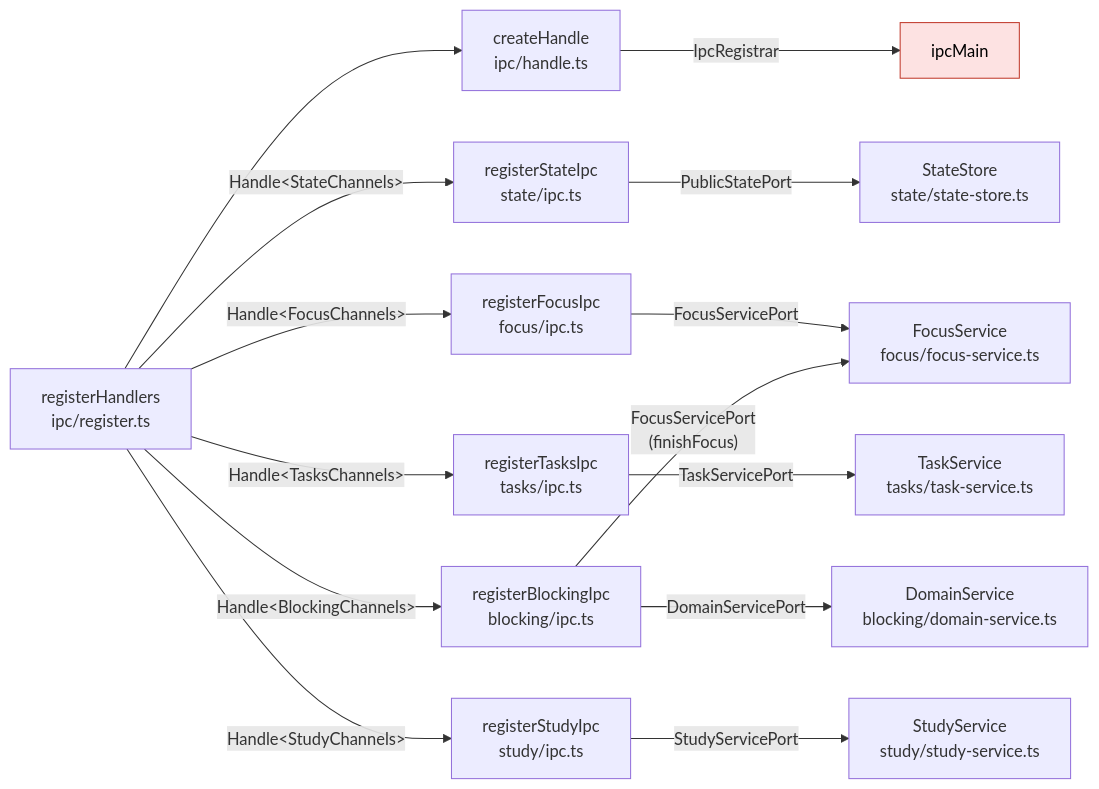
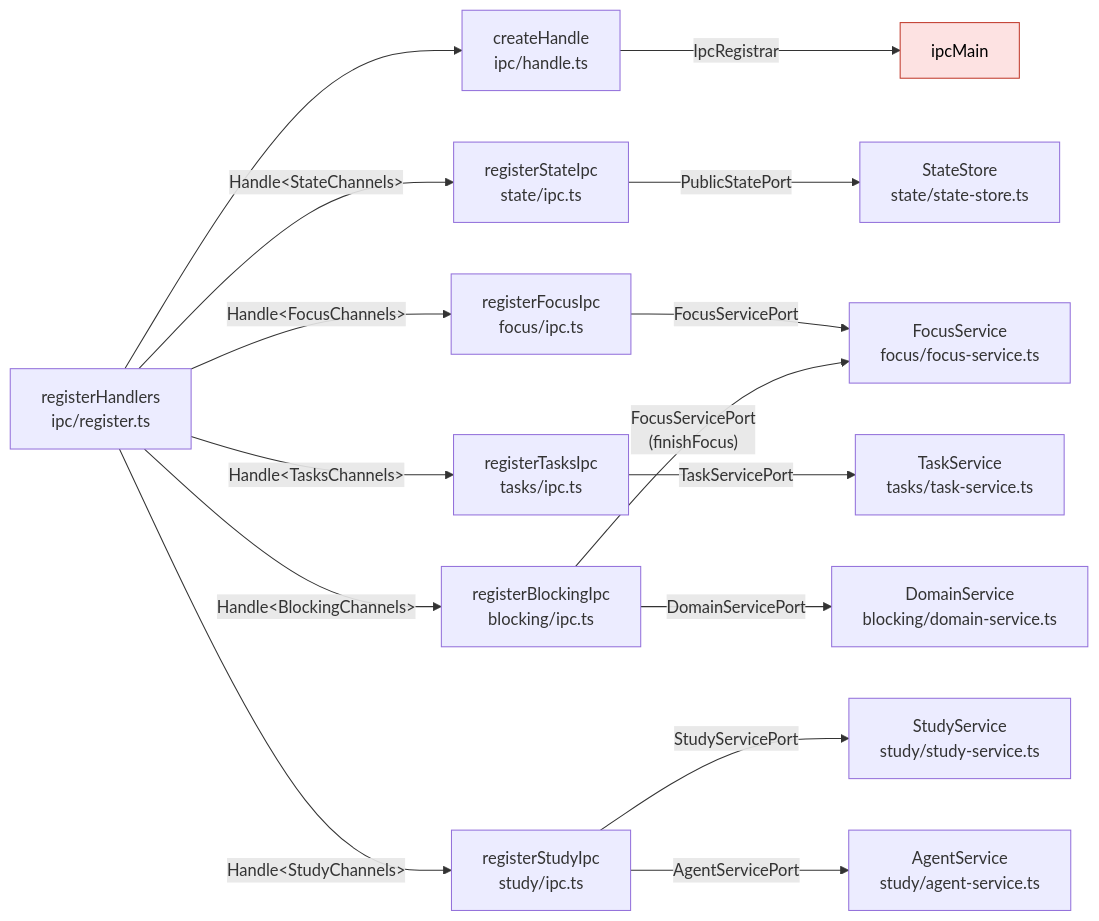
Before and after one commit to DevJuan95/ritmo: the fourth of 13 diagrams in docs/arquitectura.md, drawn with Mermaid. The commit also changed other lines of this file and 37 other files, not shown here.

````diff
--- a/docs/arquitectura.md
+++ b/docs/arquitectura.md
@@ -132,32 +134,34 @@
 ```mermaid
 flowchart LR
   ipcMain["ipcMain"]:::electron
   register["registerHandlers<br/>ipc/register.ts"]
   handle["createHandle<br/>ipc/handle.ts"]
   stateIpc["registerStateIpc<br/>state/ipc.ts"]
   focusIpc["registerFocusIpc<br/>focus/ipc.ts"]
   tasksIpc["registerTasksIpc<br/>tasks/ipc.ts"]
   blockingIpc["registerBlockingIpc<br/>blocking/ipc.ts"]
   studyIpc["registerStudyIpc<br/>study/ipc.ts"]
   store["StateStore<br/>state/state-store.ts"]
   focus["FocusService<br/>focus/focus-service.ts"]
   taskService["TaskService<br/>tasks/task-service.ts"]
   domainService["DomainService<br/>blocking/domain-service.ts"]
   studyService["StudyService<br/>study/study-service.ts"]
+  agentService["AgentService<br/>study/agent-service.ts"]
 
   register --> handle
   handle -- "IpcRegistrar" --> ipcMain
   register -- "Handle&lt;StateChannels&gt;" --> stateIpc
   register -- "Handle&lt;FocusChannels&gt;" --> focusIpc
   register -- "Handle&lt;TasksChannels&gt;" --> tasksIpc
   register -- "Handle&lt;BlockingChannels&gt;" --> blockingIpc
   register -- "Handle&lt;StudyChannels&gt;" --> studyIpc
   stateIpc -- "PublicStatePort" --> store
   focusIpc -- "FocusServicePort" --> focus
   tasksIpc -- "TaskServicePort" --> taskService
   blockingIpc -- "DomainServicePort" --> domainService
   blockingIpc -- "FocusServicePort<br/>(finishFocus)" --> focus
   studyIpc -- "StudyServicePort" --> studyService
+  studyIpc -- "AgentServicePort" --> agentService
 
   classDef electron fill:#fde2e2,stroke:#c0392b,color:#000
 ```
````
